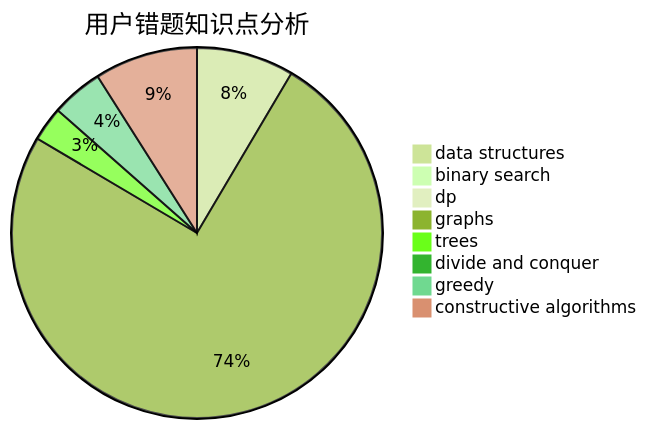
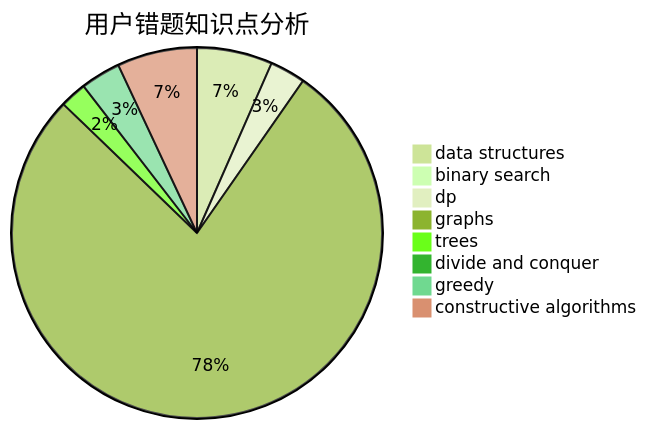
Before and after one commit to sherpahu/cfrs.github.io: the third of 3 diagrams in docs/user/u2468.md, drawn with Mermaid (forest theme). The commit also changed other lines of this file and 2770 other files, not shown here.

````diff
--- a/docs/user/u2468.md
+++ b/docs/user/u2468.md
@@ -36,11 +36,11 @@
 ```mermaid
 pie title 用户错题知识点分析
     "data structures" :  17
     "binary search" :  0
-    "dp" :  2
-    "graphs" :  150
+    "dp" :  8
+    "graphs" :  200
     "trees" :  6
     "divide and conquer" :  0
     "greedy" :  9
     "constructive algorithms" :  18
 ```
````
